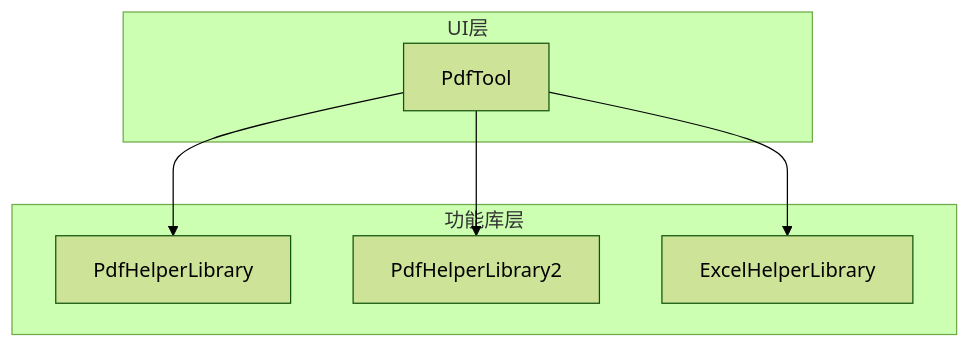
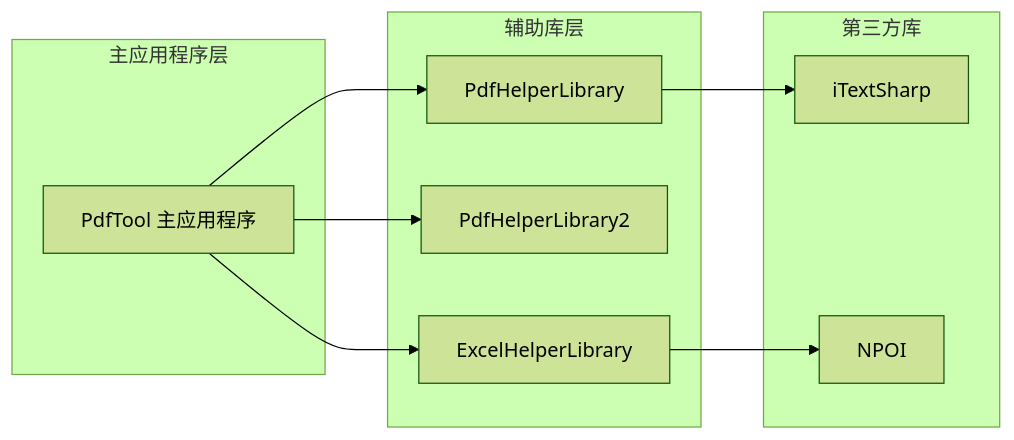
One commit to db300/PdfTool changed the second of 3 diagrams in .qoder/repowiki/zh/content/项目概述.md. Above: the diagram before and after it, drawn with Mermaid (forest theme). The commit also changed other lines of this file and 128 other files, not shown here.

````diff
--- a/.qoder/repowiki/zh/content/项目概述.md
+++ b/.qoder/repowiki/zh/content/项目概述.md
@@ -78,14 +128,20 @@
 ```mermaid
-graph TB
-subgraph "UI层"
-A[PdfTool]
+graph LR
+A[PdfTool 主应用程序] --> B[PdfHelperLibrary]
+A --> C[PdfHelperLibrary2]
+A --> D[ExcelHelperLibrary]
+B --> E[iTextSharp]
+D --> F[NPOI]
+subgraph "主应用程序层"
+A
 end
-subgraph "功能库层"
-B[PdfHelperLibrary]
-C[PdfHelperLibrary2]
-D[ExcelHelperLibrary]
+subgraph "辅助库层"
+B
+C
+D
 end
-A --> B
-A --> C
-A --> D
+subgraph "第三方库"
+E
+F
+end
 ```
````
